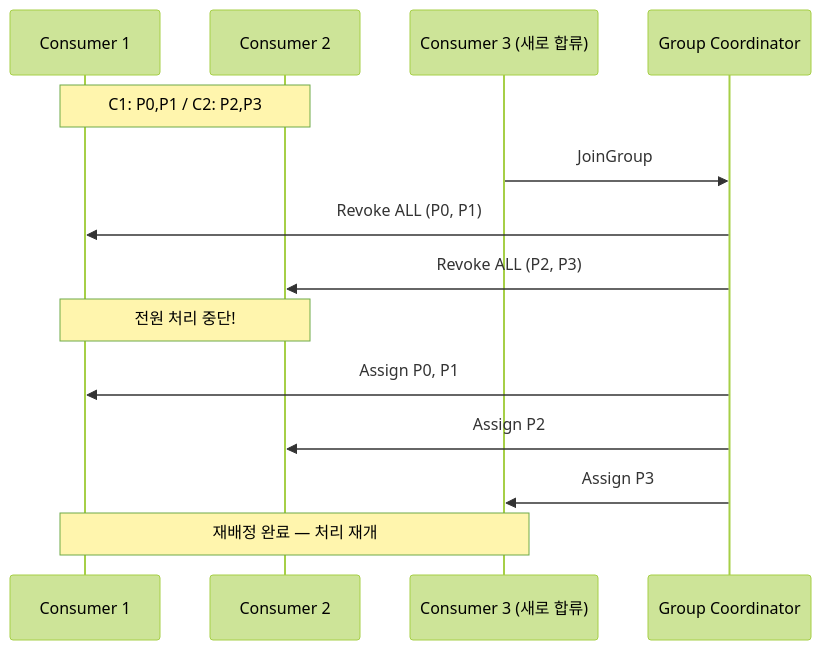
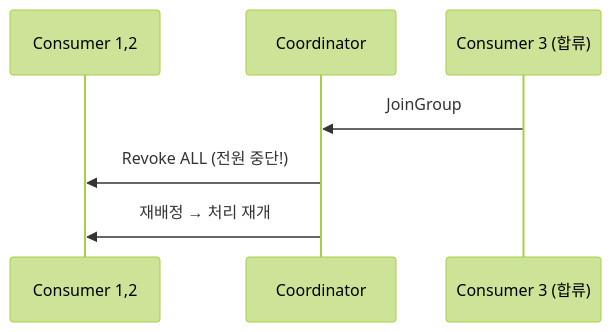
One commit to ghtjr410/kafka-lab changed the diagram in docs/book/2-spring/04-rebalancing.md. Above: the diagram before and after it, drawn with Mermaid (forest theme). The commit also changed other lines of this file and 1 other file, not shown here.

````diff
--- a/docs/book/2-spring/04-rebalancing.md
+++ b/docs/book/2-spring/04-rebalancing.md
@@ -19,21 +15,9 @@
 ```mermaid
 sequenceDiagram
-    participant C1 as Consumer 1
-    participant C2 as Consumer 2
-    participant C3 as Consumer 3 (새로 합류)
-    participant Coord as Group Coordinator
-
-    Note over C1,C2: C1: P0,P1 / C2: P2,P3
-
+    participant C1 as Consumer 1,2
+    participant Coord as Coordinator
+    participant C3 as Consumer 3 (합류)
     C3->>Coord: JoinGroup
-    Coord->>C1: Revoke ALL (P0, P1)
-    Coord->>C2: Revoke ALL (P2, P3)
-
-    Note over C1,C2: 전원 처리 중단!
-
-    Coord->>C1: Assign P0, P1
-    Coord->>C2: Assign P2
-    Coord->>C3: Assign P3
-
-    Note over C1,C3: 재배정 완료 — 처리 재개
+    Coord->>C1: Revoke ALL (전원 중단!)
+    Coord->>C1: 재배정 → 처리 재개
 ```
````
